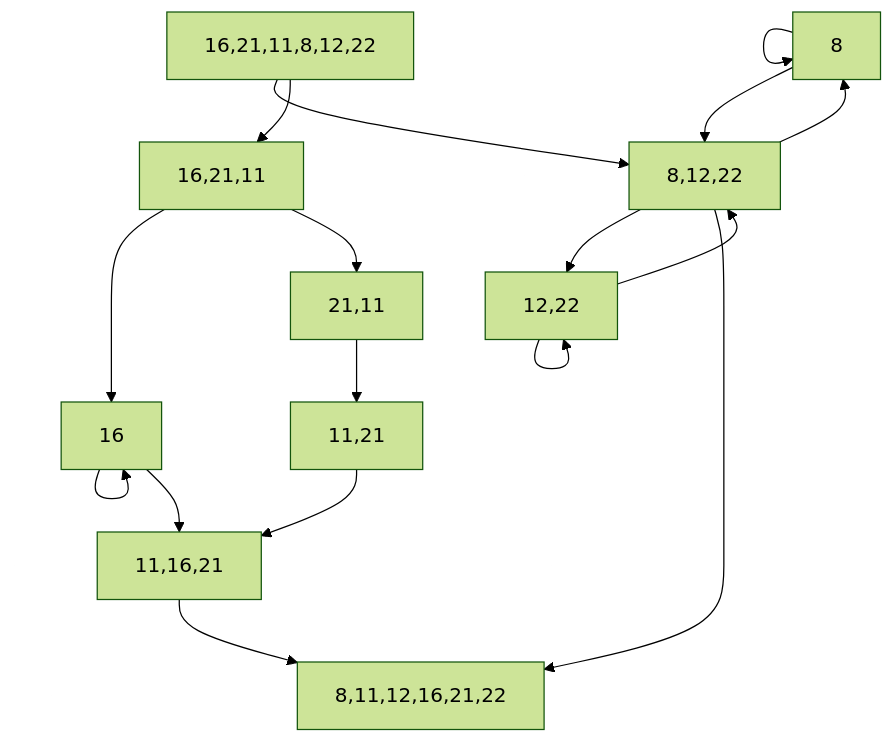
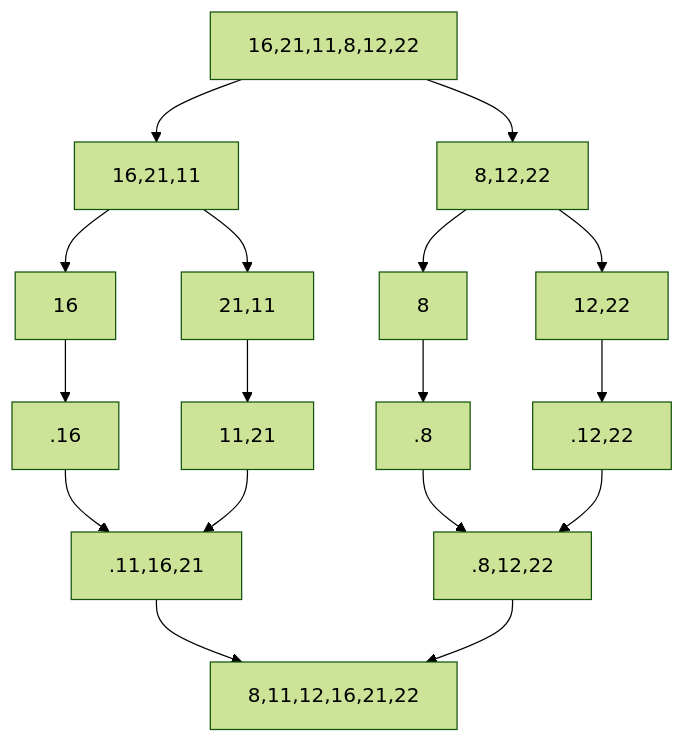
Before and after one commit to demirkolorg/Merge-Sort: the diagram in README.md, drawn with Mermaid (forest theme).

````diff
--- a/README.md
+++ b/README.md
@@ -15,28 +15,23 @@
 ```mermaid
   graph TD;
       16,21,11,8,12,22-->8,12,22;
       16,21,11,8,12,22-->16,21,11;
 
       8,12,22-->8;
       8,12,22-->12,22;
 
       16,21,11-->16;
       16,21,11-->21,11;
-
+      
       21,11-->11,21;
-
-      16-->16;
-
-      8-->8;
-
-      12,22-->12,22;
-      8-->8,12,22;
-
-      12,22-->8,12,22;
-      16-->11,16,21;
-
-        11,21-->11,16,21;
-      11,16,21-->8,11,12,16,21,22;
-      8,12,22-->8,11,12,16,21,22;
+      16-->.16;
+      8-->.8;
+      12,22-->.12,22;
+      .8-->.8,12,22;
+      .12,22-->.8,12,22;
+      .16-->.11,16,21;
+       11,21-->.11,16,21;
+      .11,16,21-->8,11,12,16,21,22;
+      .8,12,22-->8,11,12,16,21,22;
     
 ```
````
